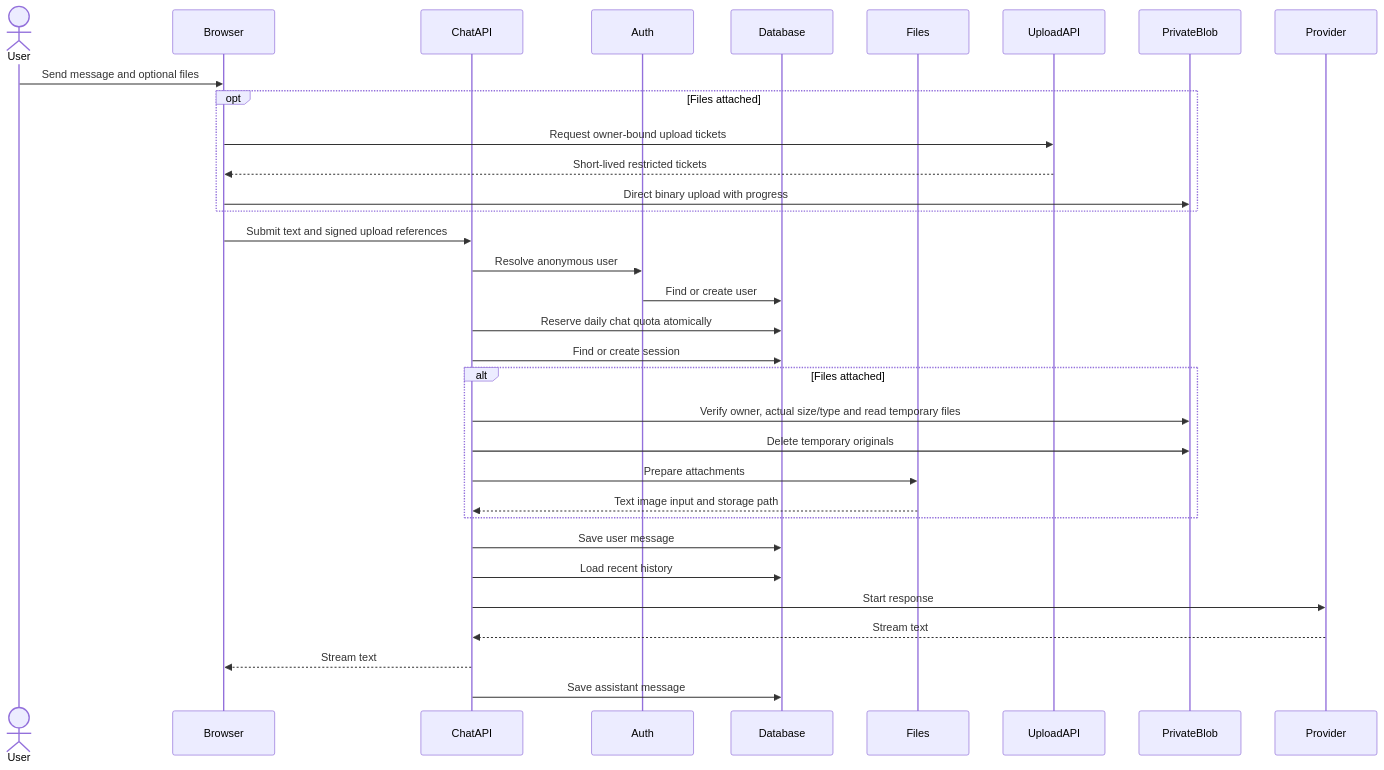
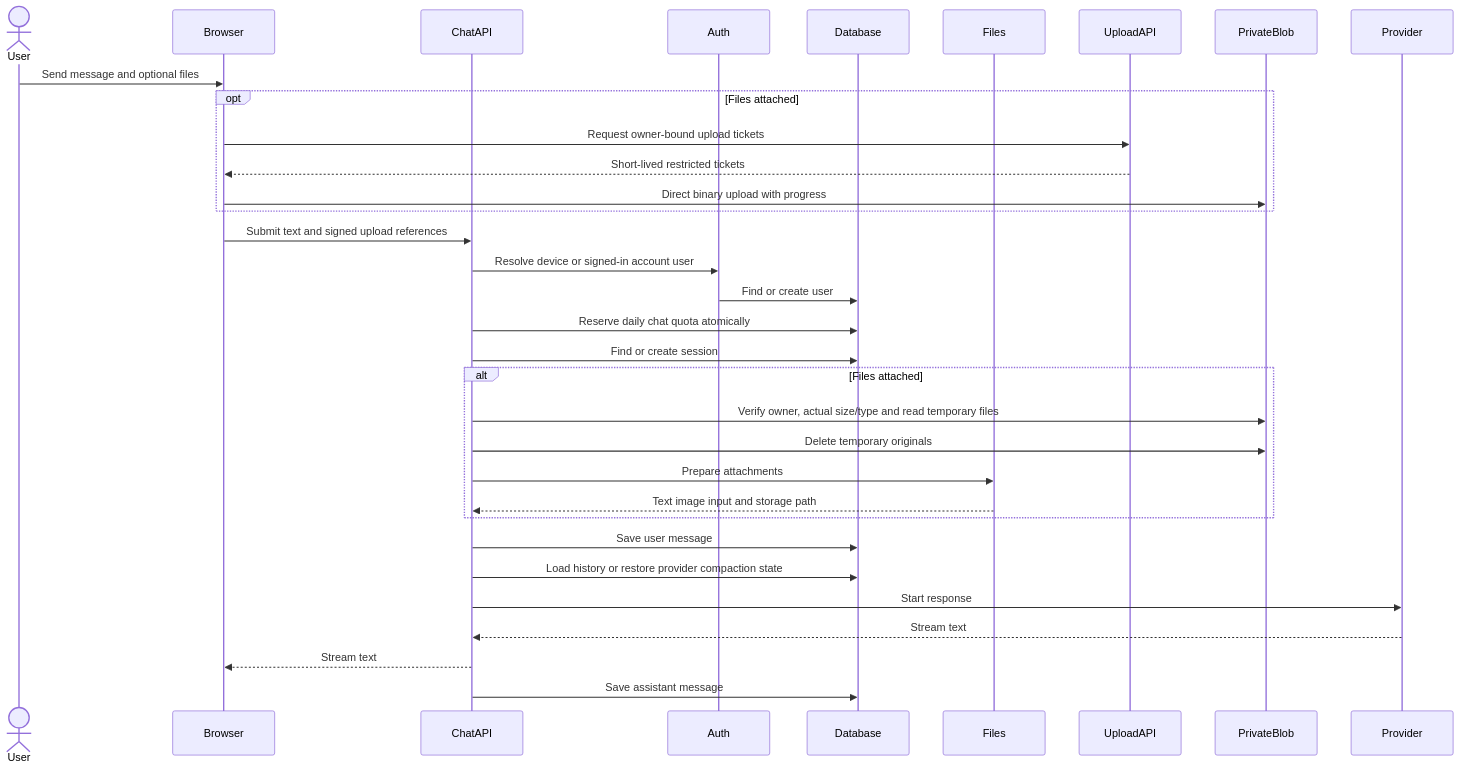
Before and after one commit to kakumine2001/NoteFable: the first of 2 diagrams in docs/architecture/chat-flow.md, drawn with Mermaid. The commit also changed other lines of this file and 9 other files, not shown here.

Commit message:
docs: align NoteFable product and architecture guides with implementation

````diff
--- a/docs/architecture/chat-flow.md
+++ b/docs/architecture/chat-flow.md
@@ -9,38 +9,38 @@
 ```mermaid
 sequenceDiagram
     actor User
     participant Browser
     participant ChatAPI
     participant Auth
     participant Database
     participant Files
     participant UploadAPI
     participant PrivateBlob
     participant Provider
 
     User->>Browser: Send message and optional files
     opt Files attached
         Browser->>UploadAPI: Request owner-bound upload tickets
         UploadAPI-->>Browser: Short-lived restricted tickets
         Browser->>PrivateBlob: Direct binary upload with progress
     end
     Browser->>ChatAPI: Submit text and signed upload references
-    ChatAPI->>Auth: Resolve anonymous user
+    ChatAPI->>Auth: Resolve device or signed-in account user
     Auth->>Database: Find or create user
     ChatAPI->>Database: Reserve daily chat quota atomically
     ChatAPI->>Database: Find or create session
 
     alt Files attached
         ChatAPI->>PrivateBlob: Verify owner, actual size/type and read temporary files
         ChatAPI->>PrivateBlob: Delete temporary originals
         ChatAPI->>Files: Prepare attachments
         Files-->>ChatAPI: Text image input and storage path
     end
 
     ChatAPI->>Database: Save user message
-    ChatAPI->>Database: Load recent history
+    ChatAPI->>Database: Load history or restore provider compaction state
     ChatAPI->>Provider: Start response
     Provider-->>ChatAPI: Stream text
     ChatAPI-->>Browser: Stream text
     ChatAPI->>Database: Save assistant message
 ```
````
